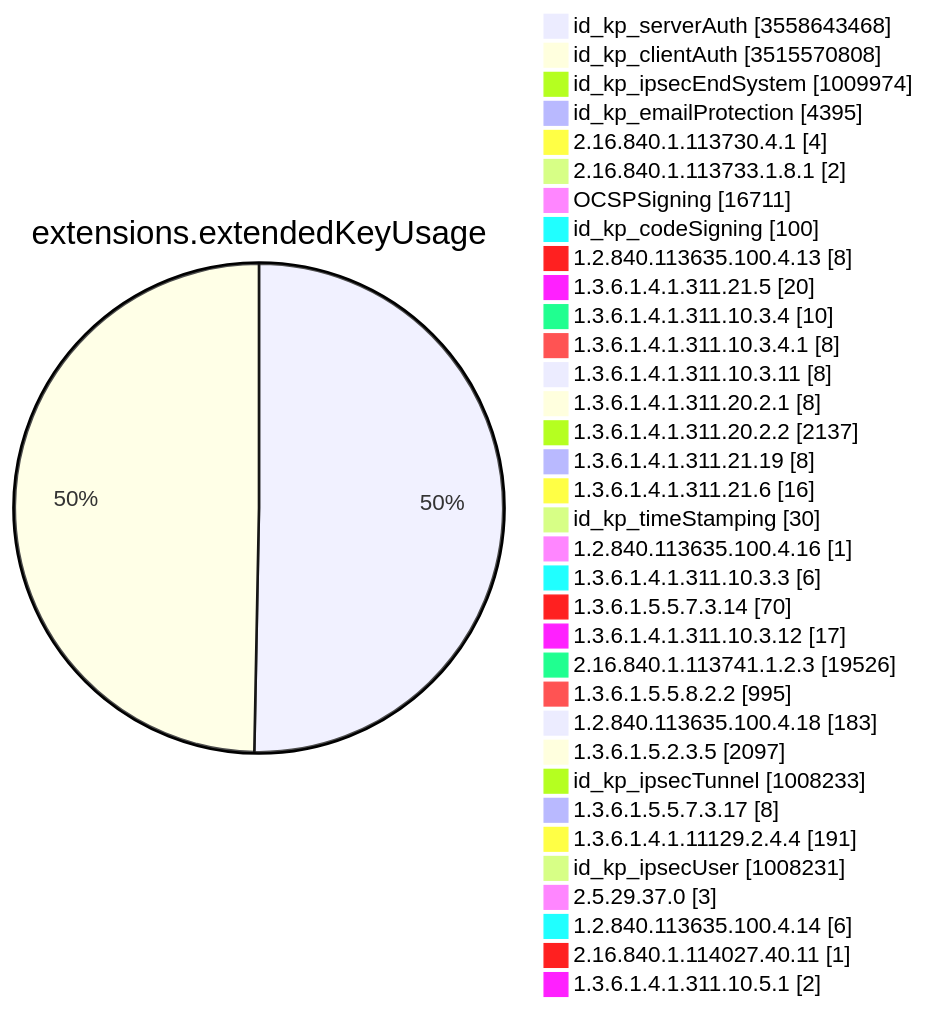
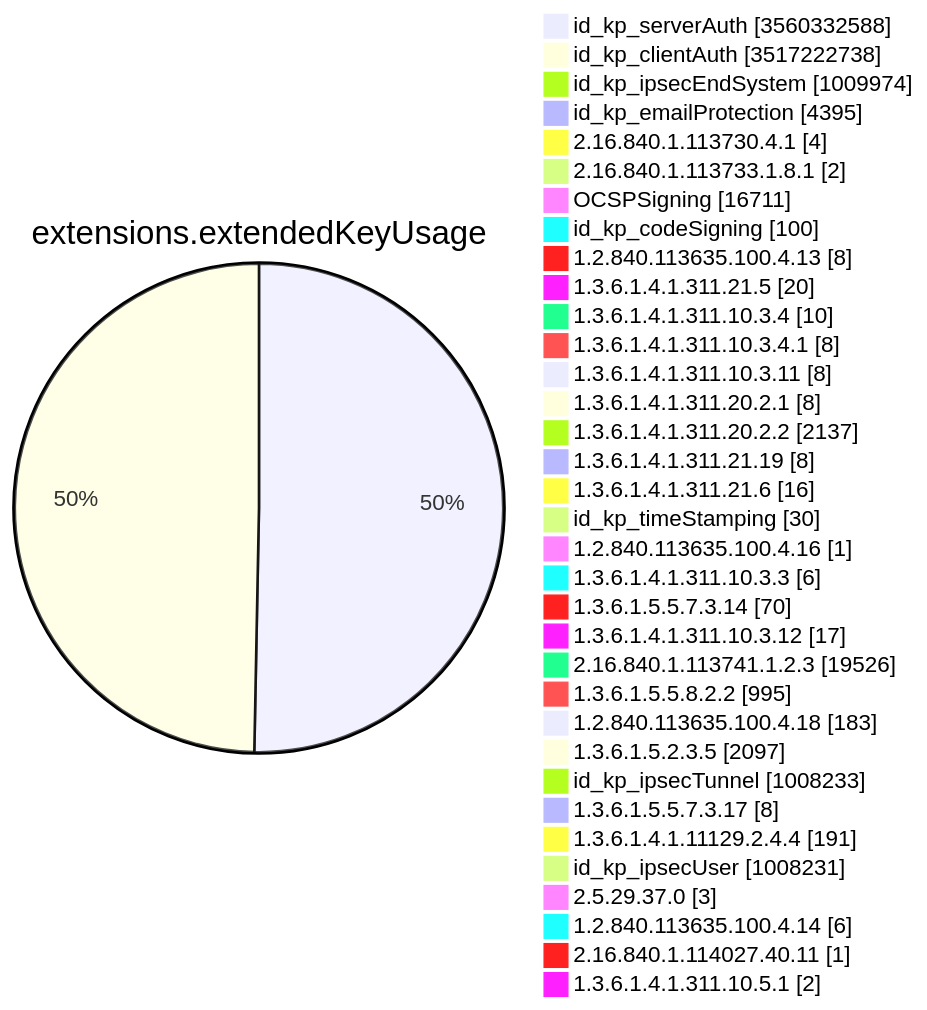
Diagram 11 of 15 in TOTAL/README.md (christiankrug/ctmonitor_visualization), drawn with Mermaid before and after one commit. The commit also changed other lines of this file, not shown here.

````diff
--- a/TOTAL/README.md
+++ b/TOTAL/README.md
@@ -4128,38 +4128,38 @@
 ```mermaid
 pie showData
 title extensions.extendedKeyUsage
-"id_kp_serverAuth" :3558643468
-"id_kp_clientAuth" :3515570808
+"id_kp_serverAuth" :3560332588
+"id_kp_clientAuth" :3517222738
 "id_kp_ipsecEndSystem" :1009974
 "id_kp_emailProtection" :4395
 "2.16.840.1.113730.4.1" :4
 "2.16.840.1.113733.1.8.1" :2
 "OCSPSigning" :16711
 "id_kp_codeSigning" :100
 "1.2.840.113635.100.4.13" :8
 "1.3.6.1.4.1.311.21.5" :20
 "1.3.6.1.4.1.311.10.3.4" :10
 "1.3.6.1.4.1.311.10.3.4.1" :8
 "1.3.6.1.4.1.311.10.3.11" :8
 "1.3.6.1.4.1.311.20.2.1" :8
 "1.3.6.1.4.1.311.20.2.2" :2137
 "1.3.6.1.4.1.311.21.19" :8
 "1.3.6.1.4.1.311.21.6" :16
 "id_kp_timeStamping" :30
 "1.2.840.113635.100.4.16" :1
 "1.3.6.1.4.1.311.10.3.3" :6
 "1.3.6.1.5.5.7.3.14" :70
 "1.3.6.1.4.1.311.10.3.12" :17
 "2.16.840.1.113741.1.2.3" :19526
 "1.3.6.1.5.5.8.2.2" :995
 "1.2.840.113635.100.4.18" :183
 "1.3.6.1.5.2.3.5" :2097
 "id_kp_ipsecTunnel" :1008233
 "1.3.6.1.5.5.7.3.17" :8
 "1.3.6.1.4.1.11129.2.4.4" :191
 "id_kp_ipsecUser" :1008231
 "2.5.29.37.0" :3
 "1.2.840.113635.100.4.14" :6
 "2.16.840.1.114027.40.11" :1
 "1.3.6.1.4.1.311.10.5.1" :2
 ```
````
